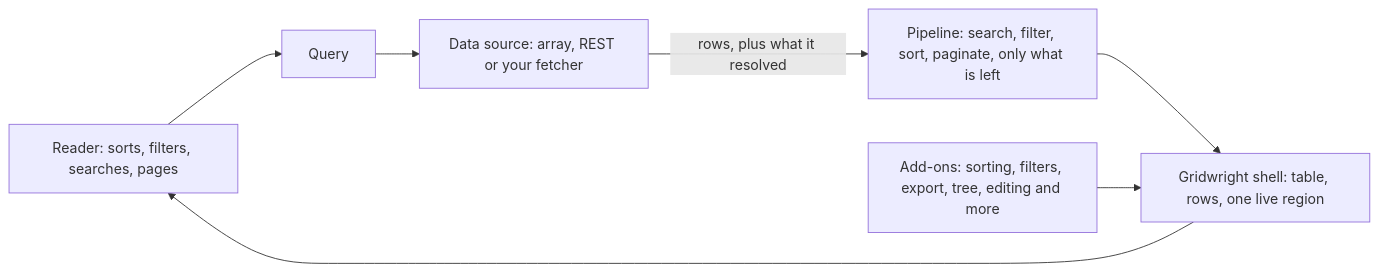
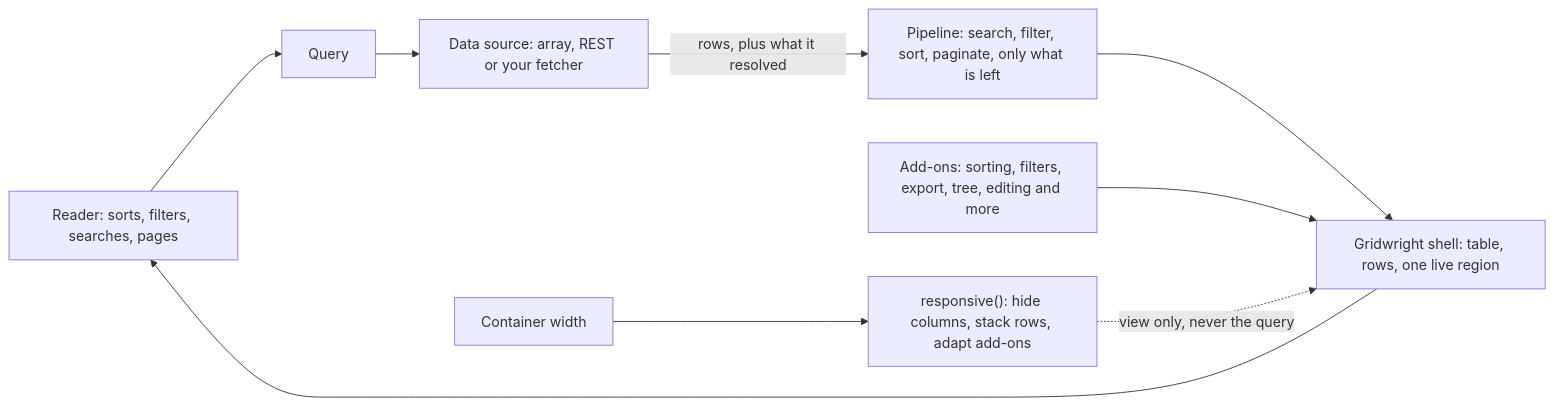
One commit to yaotzin1/apsw-gridwright changed the second of 2 diagrams in README.md. Above: the diagram before and after it, drawn with Mermaid. The commit also changed other lines of this file and 50 other files, not shown here.

````diff
--- a/README.md
+++ b/README.md
@@ -133,9 +142,11 @@
 ```mermaid
 flowchart LR
     reader["Reader: sorts, filters, searches, pages"] --> query["Query"]
     query --> source["Data source: array, REST or your fetcher"]
     source -- "rows, plus what it resolved" --> pipeline["Pipeline: search, filter, sort, paginate, only what is left"]
     pipeline --> shell["Gridwright shell: table, rows, one live region"]
     addons["Add-ons: sorting, filters, export, tree, editing and more"] --> shell
+    width["Container width"] --> responsive["responsive(): hide columns, stack rows, adapt add-ons"]
+    responsive -. "view only, never the query" .-> shell
     shell --> reader
 ```
````
